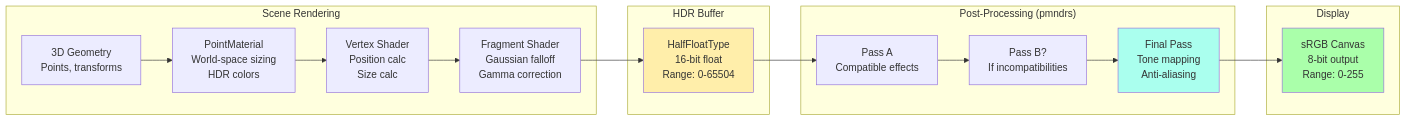
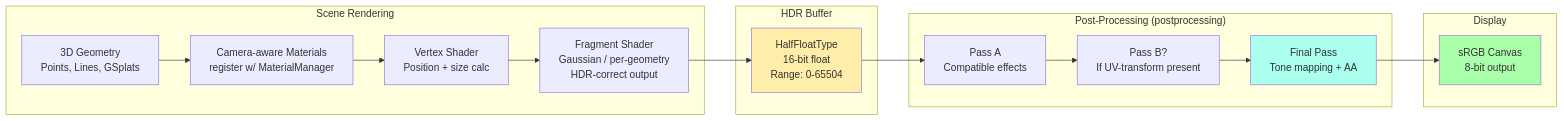
One commit to royerlab/luxar changed the third of 12 diagrams in packages/luxar-viewer/ARCHITECTURE-DIAGRAMS.md. Above: the diagram before and after it, drawn with Mermaid. The commit also changed other lines of this file, not shown here.

First line of the commit message:
docs(viewer): refresh ARCHITECTURE-DIAGRAMS.md mermaid sections

````diff
--- a/packages/luxar-viewer/ARCHITECTURE-DIAGRAMS.md
+++ b/packages/luxar-viewer/ARCHITECTURE-DIAGRAMS.md
@@ -335,30 +336,30 @@
 ```mermaid
 graph LR
     subgraph "Scene Rendering"
-        A[3D Geometry<br/>Points, transforms]
-        B[PointMaterial<br/>World-space sizing<br/>HDR colors]
-        C[Vertex Shader<br/>Position calc<br/>Size calc]
-        D[Fragment Shader<br/>Gaussian falloff<br/>Gamma correction]
+        A[3D Geometry<br/>Points, Lines, GSplats]
+        B[Camera-aware Materials<br/>register w/ MaterialManager]
+        C[Vertex Shader<br/>Position + size calc]
+        D[Fragment Shader<br/>Gaussian / per-geometry<br/>HDR-correct output]
     end
 
     subgraph "HDR Buffer"
         E[HalfFloatType<br/>16-bit float<br/>Range: 0-65504]
     end
 
-    subgraph "Post-Processing (pmndrs)"
+    subgraph "Post-Processing (postprocessing)"
         F[Pass A<br/>Compatible effects]
-        G[Pass B?<br/>If incompatibilities]
-        H[Final Pass<br/>Tone mapping<br/>Anti-aliasing]
+        G[Pass B?<br/>If UV-transform present]
+        H[Final Pass<br/>Tone mapping + AA]
     end
 
     subgraph "Display"
-        I[sRGB Canvas<br/>8-bit output<br/>Range: 0-255]
+        I[sRGB Canvas<br/>8-bit output]
     end
 
     A --> B --> C --> D --> E
     E --> F --> G --> H --> I
 
     style E fill:#ffeeaa
     style H fill:#aaffee
     style I fill:#aaffaa
 ```
````
